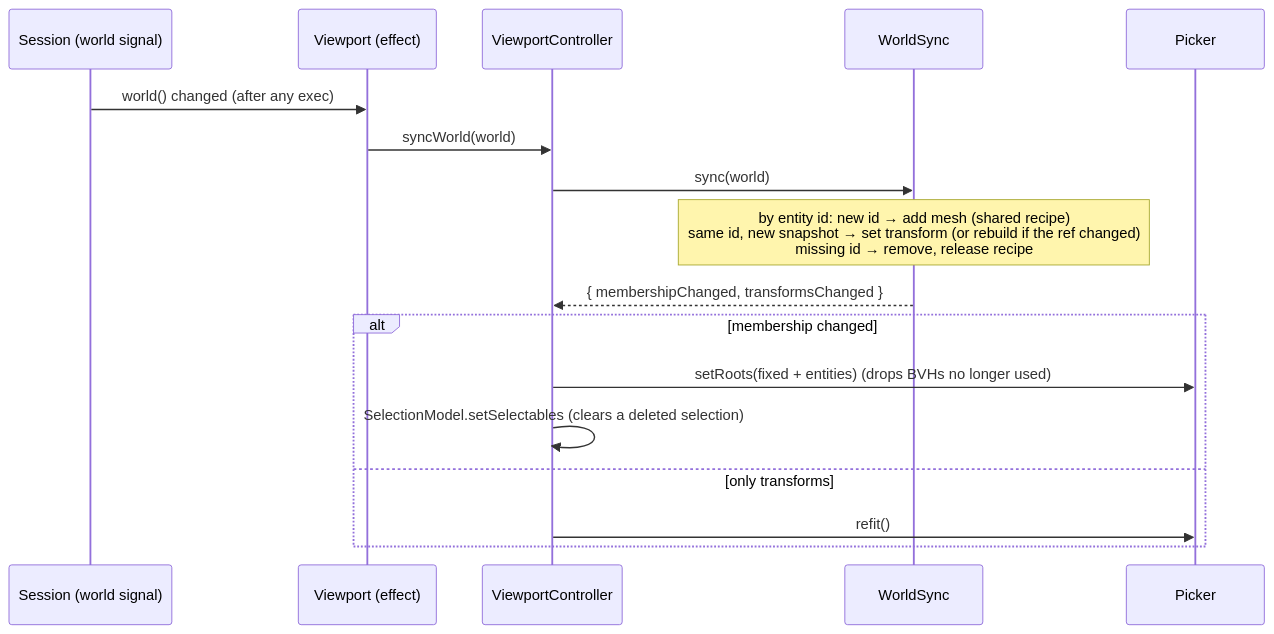
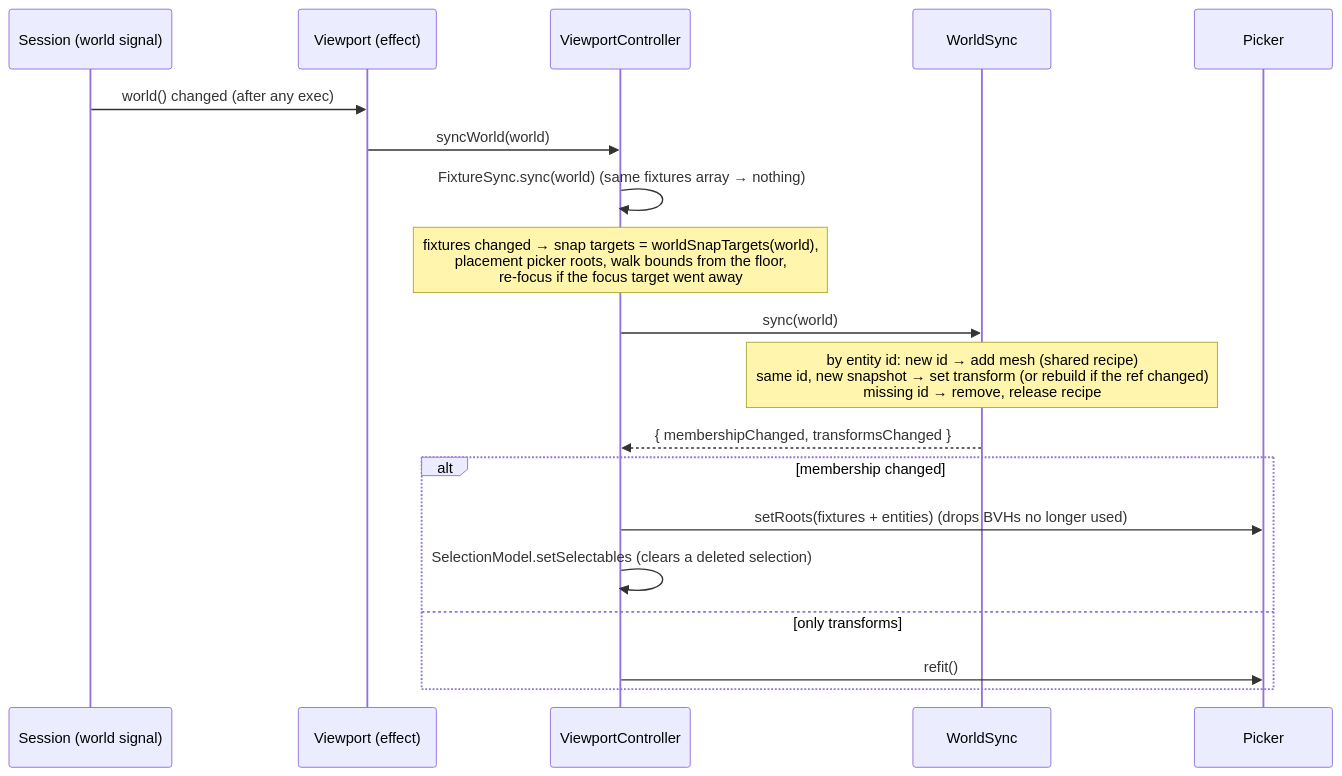
Before and after one commit to joebarbere/controls: the second of 6 diagrams in docs/architecture/rendering.md, drawn with Mermaid. The commit also changed other lines of this file and 101 other files, not shown here.

````diff
--- a/docs/architecture/rendering.md
+++ b/docs/architecture/rendering.md
@@ -59,19 +64,21 @@
 ```mermaid
 sequenceDiagram
     participant S as Session (world signal)
     participant V as Viewport (effect)
     participant C as ViewportController
     participant W as WorldSync
     participant P as Picker
     S->>V: world() changed (after any exec)
     V->>C: syncWorld(world)
+    C->>C: FixtureSync.sync(world) (same fixtures array → nothing)
+    Note over C: fixtures changed → snap targets = worldSnapTargets(world),<br/>placement picker roots, walk bounds from the floor,<br/>re-focus if the focus target went away
     C->>W: sync(world)
     Note over W: by entity id: new id → add mesh (shared recipe)<br/>same id, new snapshot → set transform (or rebuild if the ref changed)<br/>missing id → remove, release recipe
     W-->>C: { membershipChanged, transformsChanged }
     alt membership changed
-        C->>P: setRoots(fixed + entities) (drops BVHs no longer used)
+        C->>P: setRoots(fixtures + entities) (drops BVHs no longer used)
         C->>C: SelectionModel.setSelectables (clears a deleted selection)
     else only transforms
         C->>P: refit()
     end
 ```
````
